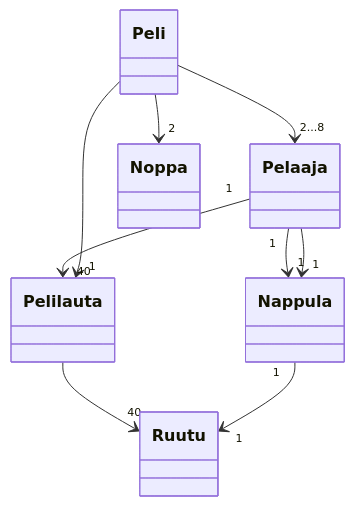
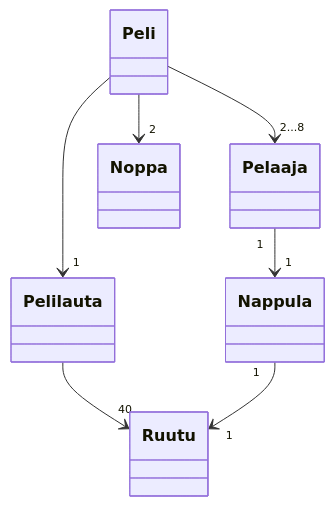
Before and after one commit to Aaltonenn/ot-harjoitustyo: the diagram in laskarit/viikko3/monopoli1.md, drawn with Mermaid.

````diff
--- a/laskarit/viikko3/monopoli1.md
+++ b/laskarit/viikko3/monopoli1.md
@@ -3,23 +3,21 @@
 ```mermaid
  classDiagram
-      Pelaaja "1" --> "40" Pelilauta
       Peli --> "2...8" Pelaaja
       Peli --> "1" Pelilauta
       Peli --> "2" Noppa
       Pelaaja "1" --> "1" Nappula
       Pelilauta --> "40" Ruutu
-      Pelaaja --> "1" Nappula
       Nappula "1" --> "1" Ruutu
       
       class Pelaaja{
       }
       class Pelilauta{
       }
       class Peli{
       }
       class Nappula{
       }
       class Ruutu{
       }
       
 ```
````
